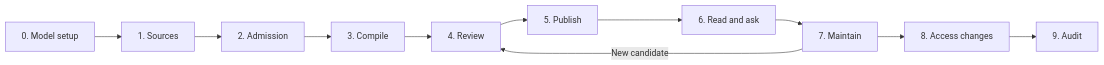
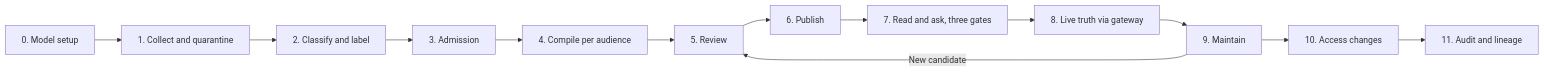
The second of 2 diagrams in README.md (bitrockteam/kops), drawn with Mermaid before and after one commit. The commit also changed other lines of this file and 5 other files, not shown here.

````diff
--- a/README.md
+++ b/README.md
@@ -99,13 +121,15 @@
 ```mermaid
 flowchart LR
-    SETUP["0. Model setup"] --> INGEST["1. Sources"]
-    INGEST --> ADMIT["2. Admission"]
-    ADMIT --> COMPILE["3. Compile"]
-    COMPILE --> REVIEW["4. Review"]
-    REVIEW --> PUBLISH["5. Publish"]
-    PUBLISH --> ASK["6. Read and ask"]
-    ASK --> MAINTAIN["7. Maintain"]
-    MAINTAIN --> REVOKE["8. Access changes"]
-    REVOKE --> AUDIT["9. Audit"]
+    SETUP["0. Model setup"] --> COLLECT["1. Collect and quarantine"]
+    COLLECT --> CLASSIFY["2. Classify and label"]
+    CLASSIFY --> ADMIT["3. Admission"]
+    ADMIT --> COMPILE["4. Compile per audience"]
+    COMPILE --> REVIEW["5. Review"]
+    REVIEW --> PUBLISH["6. Publish"]
+    PUBLISH --> ASK["7. Read and ask, three gates"]
+    ASK --> LIVE["8. Live truth via gateway"]
+    LIVE --> MAINTAIN["9. Maintain"]
+    MAINTAIN --> REVOKE["10. Access changes"]
+    REVOKE --> AUDIT["11. Audit and lineage"]
     MAINTAIN -->|New candidate| REVIEW
 ```
````
